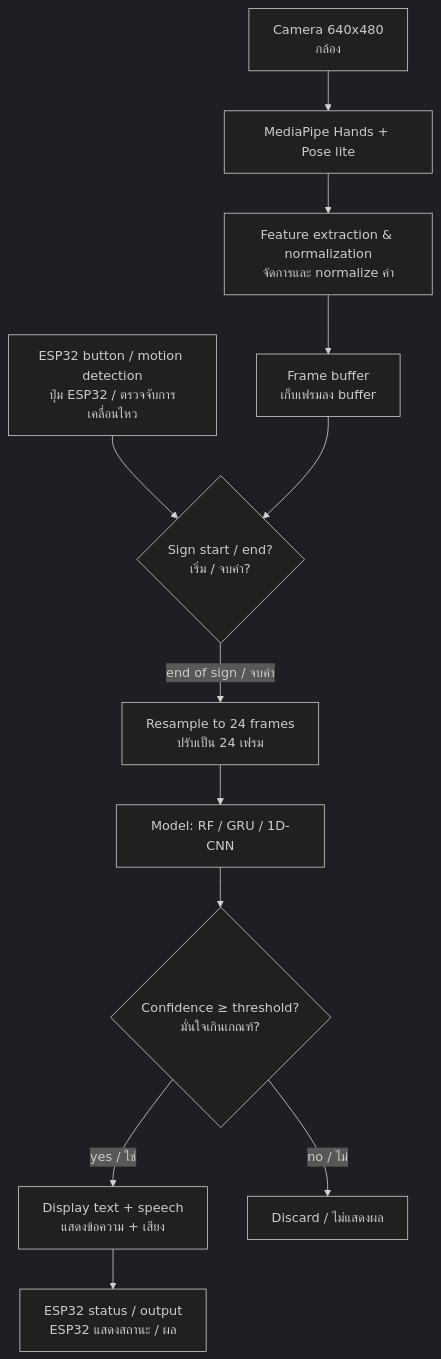
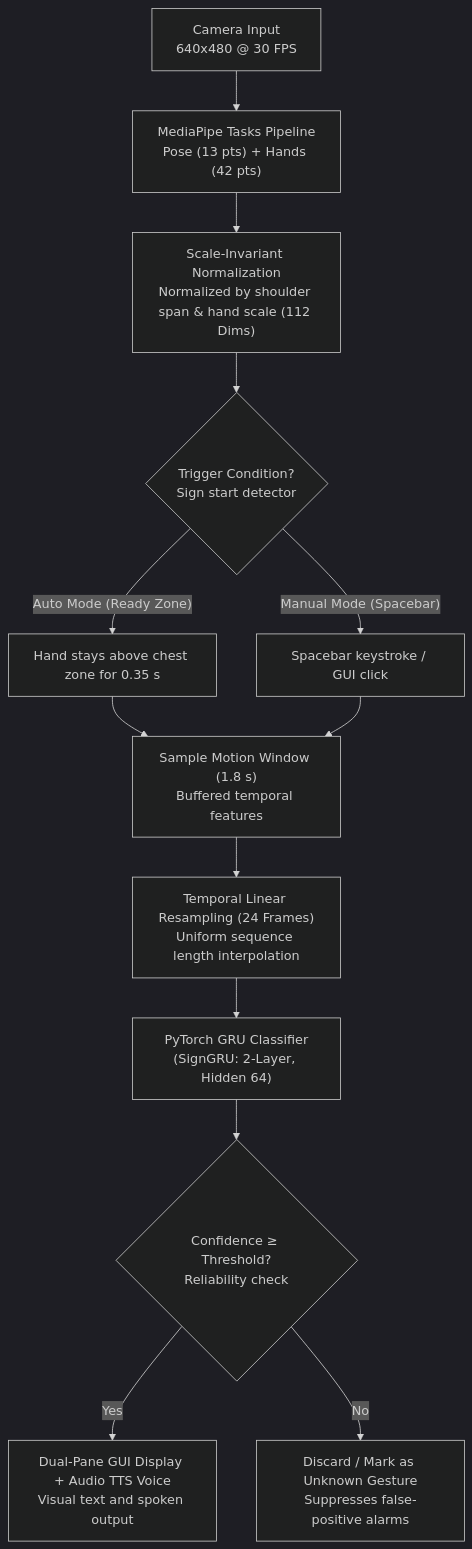
Before and after one commit to N-jiranut/Sign-Language_Translation: the diagram in file/README.md, drawn with Mermaid (dark theme). The commit also changed other lines of this file, not shown here.

````diff
--- a/file/README.md
+++ b/file/README.md
@@ -66,14 +81,15 @@
 ```mermaid
 flowchart TD
-    A[Camera 640x480<br/>กล้อง] --> B[MediaPipe Hands + Pose lite]
-    B --> C[Feature extraction & normalization<br/>จัดการและ normalize ค่า]
-    C --> D[Frame buffer<br/>เก็บเฟรมลง buffer]
-    E[ESP32 button / motion detection<br/>ปุ่ม ESP32 / ตรวจจับการเคลื่อนไหว] --> F{Sign start / end?<br/>เริ่ม / จบคำ?}
-    D --> F
-    F -->|end of sign / จบคำ| G[Resample to 24 frames<br/>ปรับเป็น 24 เฟรม]
-    G --> H[Model: RF / GRU / 1D-CNN]
-    H --> I{Confidence ≥ threshold?<br/>มั่นใจเกินเกณฑ์?}
-    I -->|yes / ใช่| J[Display text + speech<br/>แสดงข้อความ + เสียง]
-    I -->|no / ไม่| K[Discard / ไม่แสดงผล]
-    J --> L[ESP32 status / output<br/>ESP32 แสดงสถานะ / ผล]
+    A["Camera Input<br/>640x480 @ 30 FPS"] --> B["MediaPipe Tasks Pipeline<br/>Pose (13 pts) + Hands (42 pts)"]
+    B --> C["Scale-Invariant Normalization<br/>Normalized by shoulder span & hand scale (112 Dims)"]
+    C --> D{"Trigger Condition?<br/>Sign start detector"}
+    D -->|"Auto Mode (Ready Zone)"| E["Hand stays above chest zone for 0.35 s"]
+    D -->|"Manual Mode (Spacebar)"| F["Spacebar keystroke / GUI click"]
+    E --> G["Sample Motion Window (1.8 s)<br/>Buffered temporal features"]
+    F --> G
+    G --> H["Temporal Linear Resampling (24 Frames)<br/>Uniform sequence length interpolation"]
+    H --> I["PyTorch GRU Classifier<br/>(SignGRU: 2-Layer, Hidden 64)"]
+    I --> J{"Confidence ≥ Threshold?<br/>Reliability check"}
+    J -->|"Yes"| K["Dual-Pane GUI Display + Audio TTS Voice<br/>Visual text and spoken output"]
+    J -->|"No"| L["Discard / Mark as Unknown Gesture<br/>Suppresses false-positive alarms"]
 ```
````
